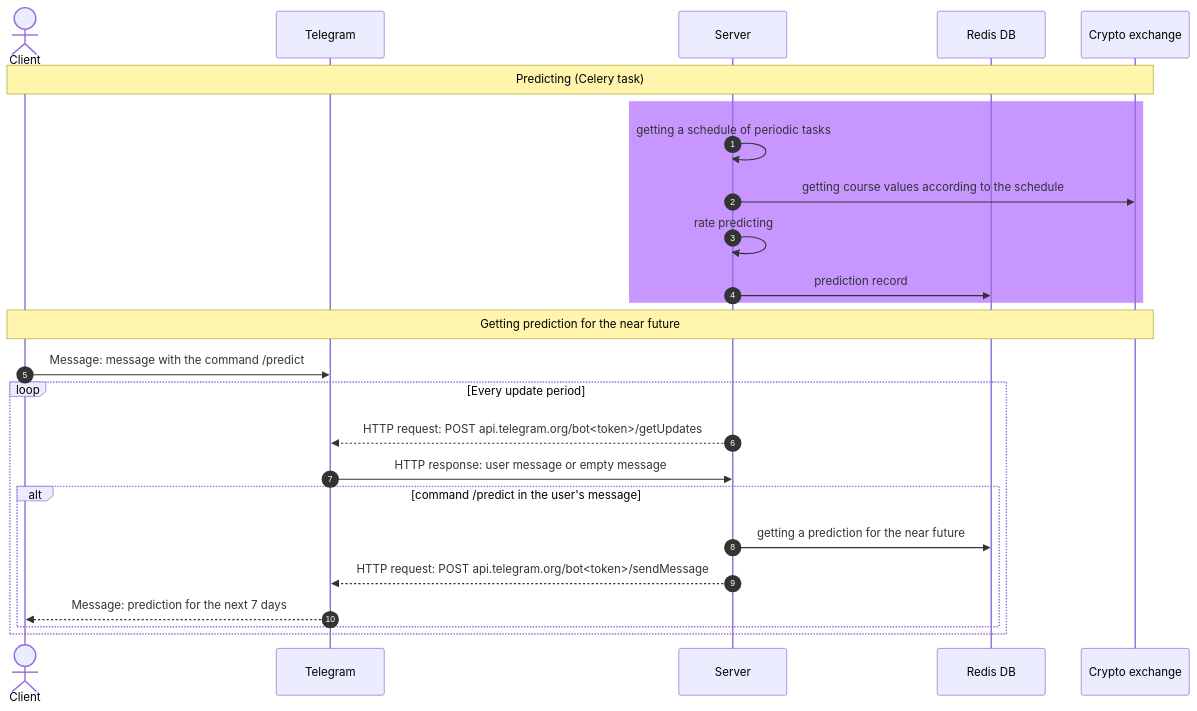
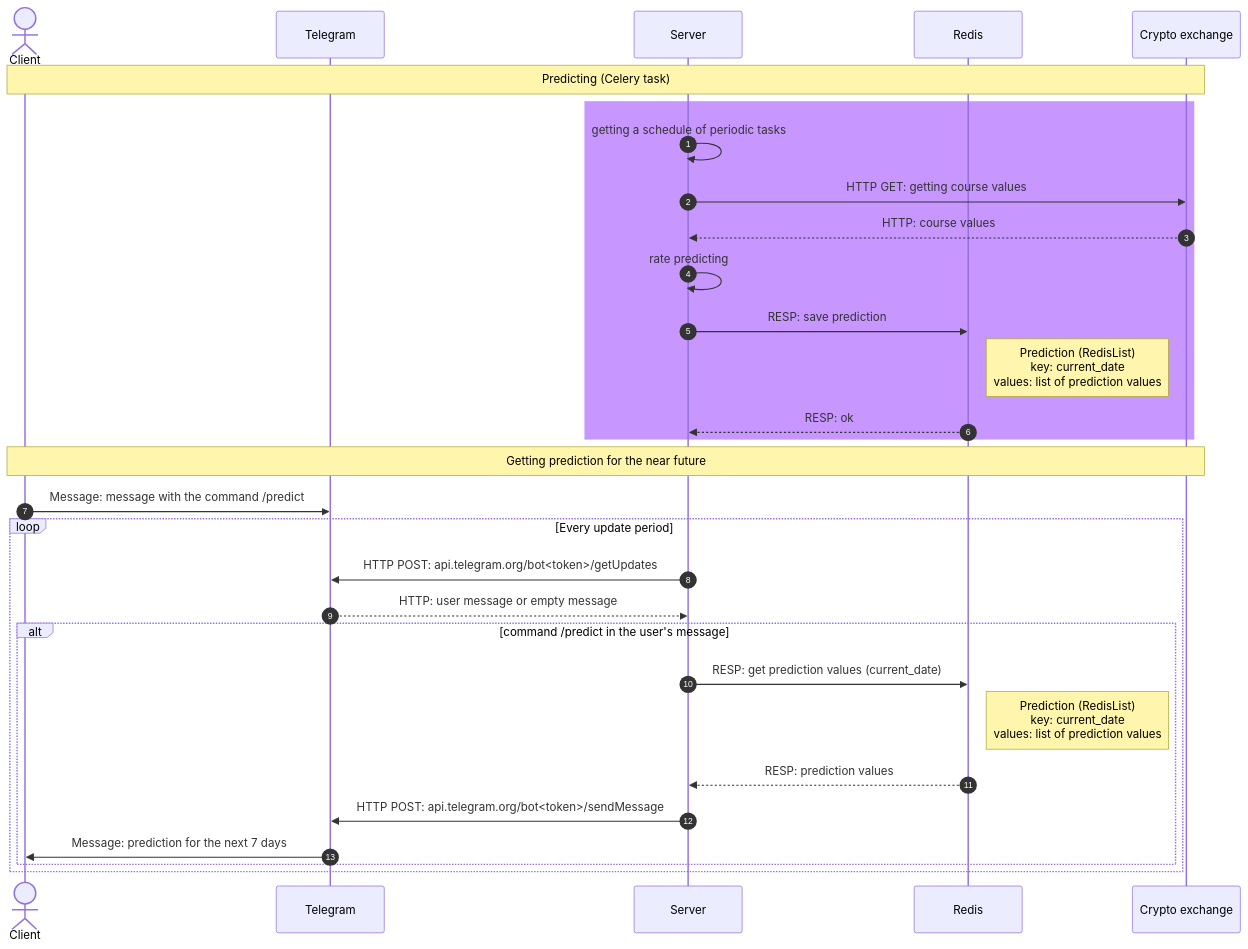
One commit to Deflaus/rate-prediction changed the diagram in README.md. Above: the diagram before and after it, drawn with Mermaid. The commit also changed other lines of this file and 2 other files, not shown here.

Commit message:
! mermaid schema

````diff
--- a/README.md
+++ b/README.md
@@ -3,29 +3,34 @@
 ```mermaid
 sequenceDiagram
     autonumber
     actor client as Client
     participant telegram as Telegram
     participant server as Server
-    participant database as Redis DB
+    participant database as Redis
     participant crypto_exchange as Crypto exchange
     
     Note over client, crypto_exchange: Predicting (Celery task)
     rect rgb(200, 150, 255)
     server ->> server : getting a schedule of periodic tasks
-    server ->> crypto_exchange : getting course values according to the schedule
+    server ->> crypto_exchange : HTTP GET: getting course values
+    crypto_exchange -->> server : HTTP: course values
     server ->> server : rate predicting
-    server ->> database : prediction record
+    server ->> database : RESP: save prediction
+    Note right of database: Prediction (RedisList)<br/>key: current_date<br/>values: list of prediction values
+    database -->> server : RESP: ok
     end
     
     Note over client, crypto_exchange: Getting prediction for the near future
     client ->> telegram : Message: message with the command /predict
     loop Every update period
-        server -->> telegram : HTTP request: POST api.telegram.org/bot<token>/getUpdates
-        telegram ->> server : HTTP response: user message or empty message
+        server ->> telegram : HTTP POST: api.telegram.org/bot<token>/getUpdates
+        telegram -->> server : HTTP: user message or empty message
         alt command /predict in the user's message 
-            server ->> database : getting a prediction for the near future
-            server -->> telegram : HTTP request: POST api.telegram.org/bot<token>/sendMessage
-            telegram -->> client : Message: prediction for the next 7 days
+            server ->> database : RESP: get prediction values (current_date)
+            Note right of database: Prediction (RedisList)<br/>key: current_date<br/>values: list of prediction values
+            database -->> server : RESP: prediction values
+            server ->> telegram : HTTP POST: api.telegram.org/bot<token>/sendMessage
+            telegram ->> client : Message: prediction for the next 7 days
         end
     end
 ```
````
